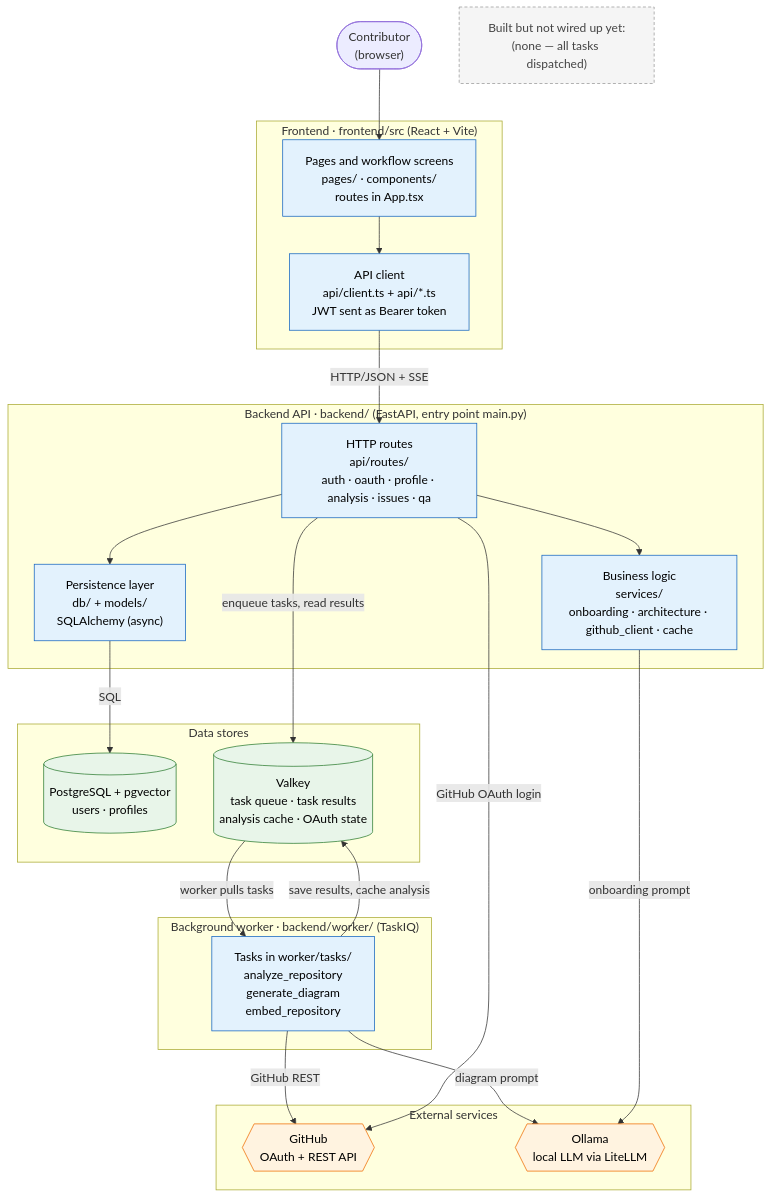
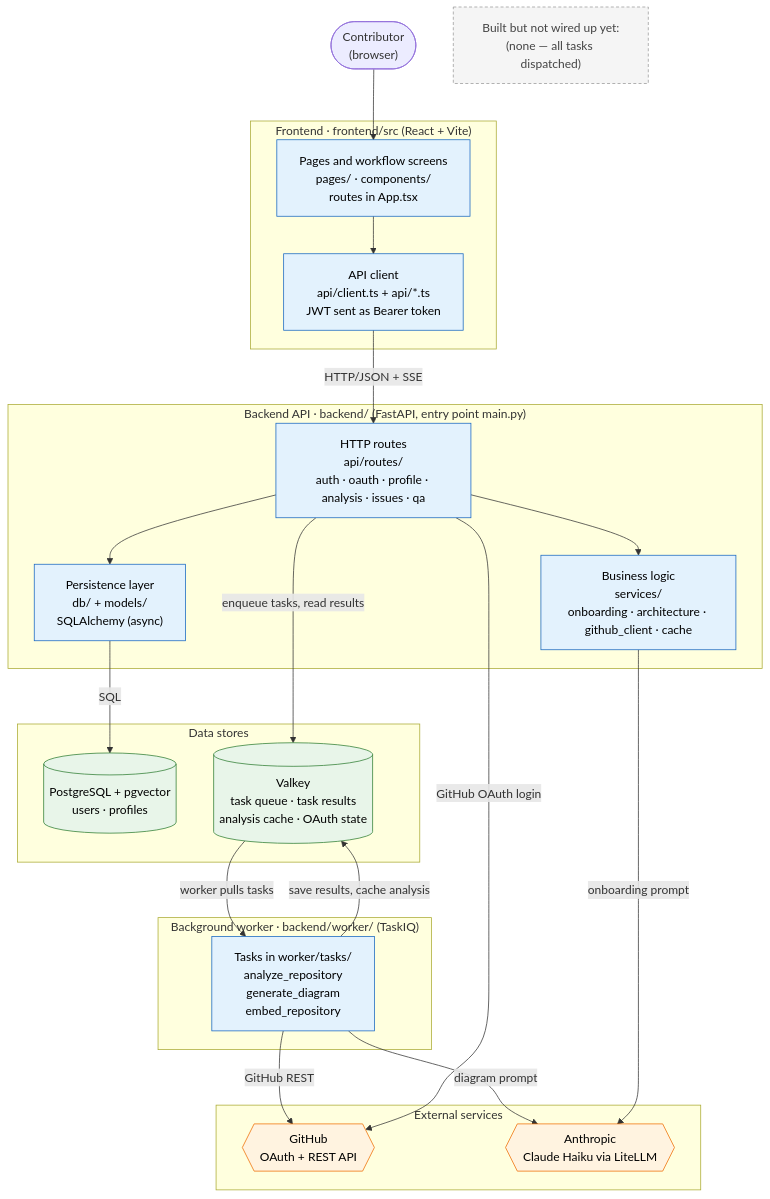
One commit to Aaqib-OSS/ContribIQ changed the diagram in README.md. Above: the diagram before and after it, drawn with Mermaid. The commit also changed other lines of this file, not shown here.

First line of the commit message:
docs: replace Ollama references with Claude Haiku in README (#221)

````diff
--- a/README.md
+++ b/README.md
@@ -56,54 +52,54 @@
 ```mermaid
 flowchart TB
     user(["Contributor<br/>(browser)"])
 
     subgraph FE["Frontend · frontend/src (React + Vite)"]
         pages["Pages and workflow screens<br/>pages/ · components/<br/>routes in App.tsx"]
         client["API client<br/>api/client.ts + api/*.ts<br/>JWT sent as Bearer token"]
     end
 
     subgraph BE["Backend API · backend/ (FastAPI, entry point main.py)"]
         routes["HTTP routes<br/>api/routes/<br/>auth · oauth · profile · analysis · issues · qa"]
         services["Business logic<br/>services/<br/>onboarding · architecture · github_client · cache"]
         dbl["Persistence layer<br/>db/ + models/<br/>SQLAlchemy (async)"]
     end
 
     subgraph WK["Background worker · backend/worker/ (TaskIQ)"]
         tasks["Tasks in worker/tasks/<br/>analyze_repository<br/>generate_diagram<br/>embed_repository"]
     end
 
     subgraph DATA["Data stores"]
         pg[("PostgreSQL + pgvector<br/>users · profiles")]
         vk[("Valkey<br/>task queue · task results<br/>analysis cache · OAuth state")]
     end
 
     subgraph EXT["External services"]
         gh{{"GitHub<br/>OAuth + REST API"}}
-        ol{{"Ollama<br/>local LLM via LiteLLM"}}
+        ol{{"Anthropic<br/>Claude Haiku via LiteLLM"}}
     end
 
     unwired["Built but not wired up yet:<br/>(none — all tasks dispatched)"]
 
     user --> pages
     pages --> client
     client -->|"HTTP/JSON + SSE"| routes
     routes --> services
     routes --> dbl
     dbl -->|"SQL"| pg
     routes -->|"enqueue tasks, read results"| vk
     vk -->|"worker pulls tasks"| tasks
     tasks -->|"save results, cache analysis"| vk
     tasks -->|"GitHub REST"| gh
     tasks -->|"diagram prompt"| ol
     routes -->|"GitHub OAuth login"| gh
     services -->|"onboarding prompt"| ol
 
     classDef app fill:#e3f2fd,stroke:#1565c0,color:#000
     classDef store fill:#e8f5e9,stroke:#2e7d32,color:#000
     classDef ext fill:#fff3e0,stroke:#ef6c00,color:#000
     classDef note fill:#f5f5f5,stroke:#999,stroke-dasharray:4 3,color:#444
     class pages,client,routes,services,dbl,tasks app
     class pg,vk store
     class gh,ol ext
     class unwired note
 ```
````
